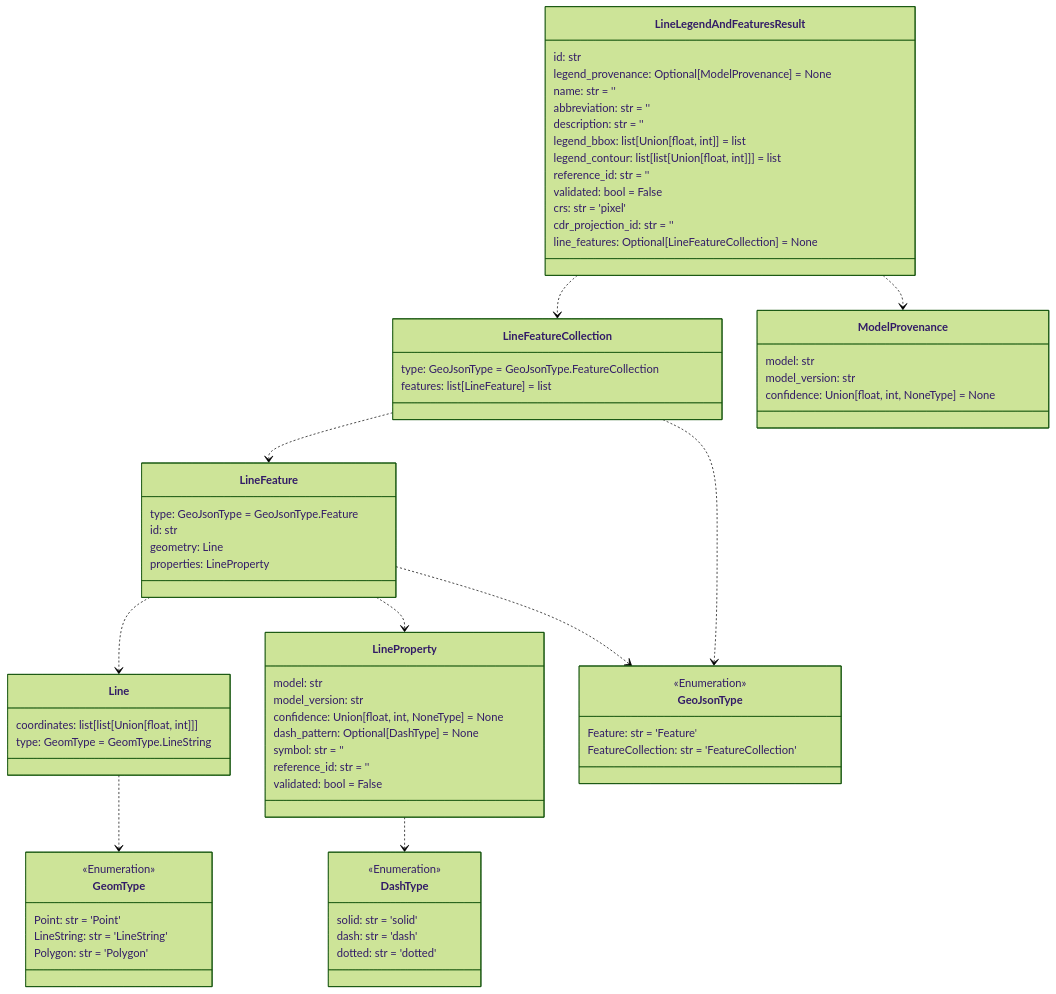
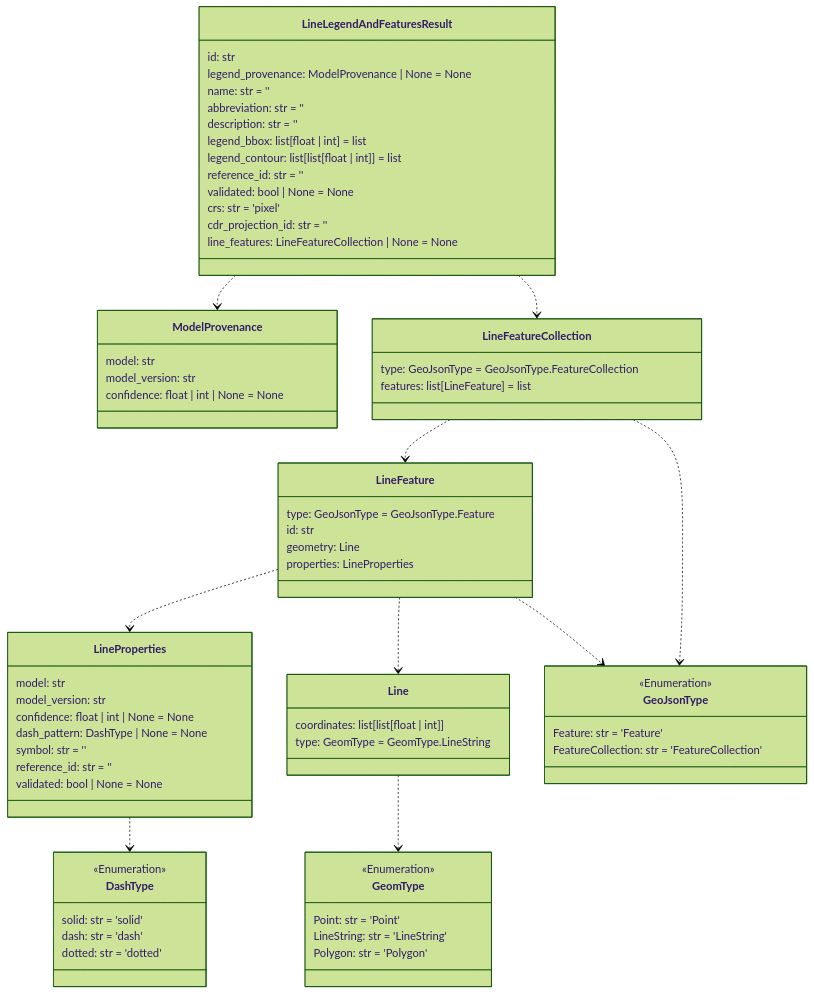
One commit to DARPA-CRITICALMAAS/cdr_schemas changed the sixth of 14 diagrams in README.md. Above: the diagram before and after it, drawn with Mermaid (forest theme). The commit also changed other lines of this file and 4 other files, not shown here.

````diff
--- a/README.md
+++ b/README.md
@@ -452,83 +452,83 @@
 ```mermaid
 classDiagram
-
-    class LineFeature {
-        type: GeoJsonType = GeoJsonType.Feature
-        id: str
-        geometry: Line
-        properties: LineProperty
-    }
-
-    class GeoJsonType {
-        <<Enumeration>>
-        Feature: str = 'Feature'
-        FeatureCollection: str = 'FeatureCollection'
-    }
-
-    class LineLegendAndFeaturesResult {
-        id: str
-        legend_provenance: Optional[ModelProvenance] = None
-        name: str = ''
-        abbreviation: str = ''
-        description: str = ''
-        legend_bbox: list[Union[float, int]] = list
-        legend_contour: list[list[Union[float, int]]] = list
-        reference_id: str = ''
-        validated: bool = False
-        crs: str = 'pixel'
-        cdr_projection_id: str = ''
-        line_features: Optional[LineFeatureCollection] = None
-    }
-
-    class LineFeatureCollection {
-        type: GeoJsonType = GeoJsonType.FeatureCollection
-        features: list[LineFeature] = list
-    }
 
     class GeomType {
         <<Enumeration>>
         Point: str = 'Point'
         LineString: str = 'LineString'
         Polygon: str = 'Polygon'
     }
 
+    class LineProperties {
+        model: str
+        model_version: str
+        confidence: float | int | None = None
+        dash_pattern: DashType | None = None
+        symbol: str = ''
+        reference_id: str = ''
+        validated: bool | None = None
+    }
+
     class ModelProvenance {
         model: str
         model_version: str
-        confidence: Union[float, int, NoneType] = None
+        confidence: float | int | None = None
     }
 
     class DashType {
         <<Enumeration>>
         solid: str = 'solid'
         dash: str = 'dash'
         dotted: str = 'dotted'
     }
 
+    class LineLegendAndFeaturesResult {
+        id: str
+        legend_provenance: ModelProvenance | None = None
+        name: str = ''
+        abbreviation: str = ''
+        description: str = ''
+        legend_bbox: list[float | int] = list
+        legend_contour: list[list[float | int]] = list
+        reference_id: str = ''
+        validated: bool | None = None
+        crs: str = 'pixel'
+        cdr_projection_id: str = ''
+        line_features: LineFeatureCollection | None = None
+    }
+
+    class LineFeature {
+        type: GeoJsonType = GeoJsonType.Feature
+        id: str
+        geometry: Line
+        properties: LineProperties
+    }
+
     class Line {
-        coordinates: list[list[Union[float, int]]]
+        coordinates: list[list[float | int]]
         type: GeomType = GeomType.LineString
     }
 
-    class LineProperty {
-        model: str
-        model_version: str
-        confidence: Union[float, int, NoneType] = None
-        dash_pattern: Optional[DashType] = None
-        symbol: str = ''
-        reference_id: str = ''
-        validated: bool = False
+    class LineFeatureCollection {
+        type: GeoJsonType = GeoJsonType.FeatureCollection
+        features: list[LineFeature] = list
+    }
+
+    class GeoJsonType {
+        <<Enumeration>>
+        Feature: str = 'Feature'
+        FeatureCollection: str = 'FeatureCollection'
     }
 
     Line ..> GeomType
-    LineProperty ..> DashType
+    LineProperties ..> DashType
+    LineFeature ..> LineProperties
+    LineFeature ..> GeoJsonType
     LineFeature ..> Line
-    LineFeature ..> LineProperty
-    LineFeature ..> GeoJsonType
     LineFeatureCollection ..> LineFeature
     LineFeatureCollection ..> GeoJsonType
     LineLegendAndFeaturesResult ..> LineFeatureCollection
     LineLegendAndFeaturesResult ..> ModelProvenance
 
 
 ```
````
